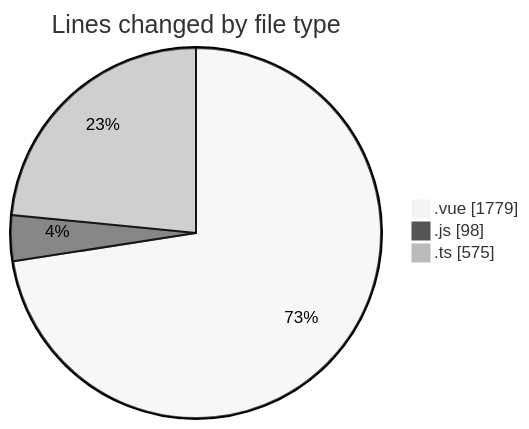
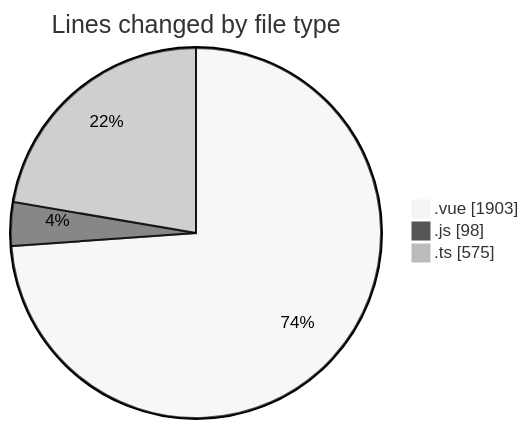
Before and after one commit to lephambinh05/code-tracking: the first of 2 diagrams in 2025-08-12/rentotp/README.md, drawn with Mermaid (neutral theme). The commit also changed other lines of this file and 1 other file, not shown here.

````diff
--- a/2025-08-12/rentotp/README.md
+++ b/2025-08-12/rentotp/README.md
@@ -31,7 +31,7 @@
 ```mermaid
 pie showData
 title Lines changed by file type
-".vue" : 1779
+".vue" : 1903
 ".js" : 98
 ".ts" : 575
 ```
````
